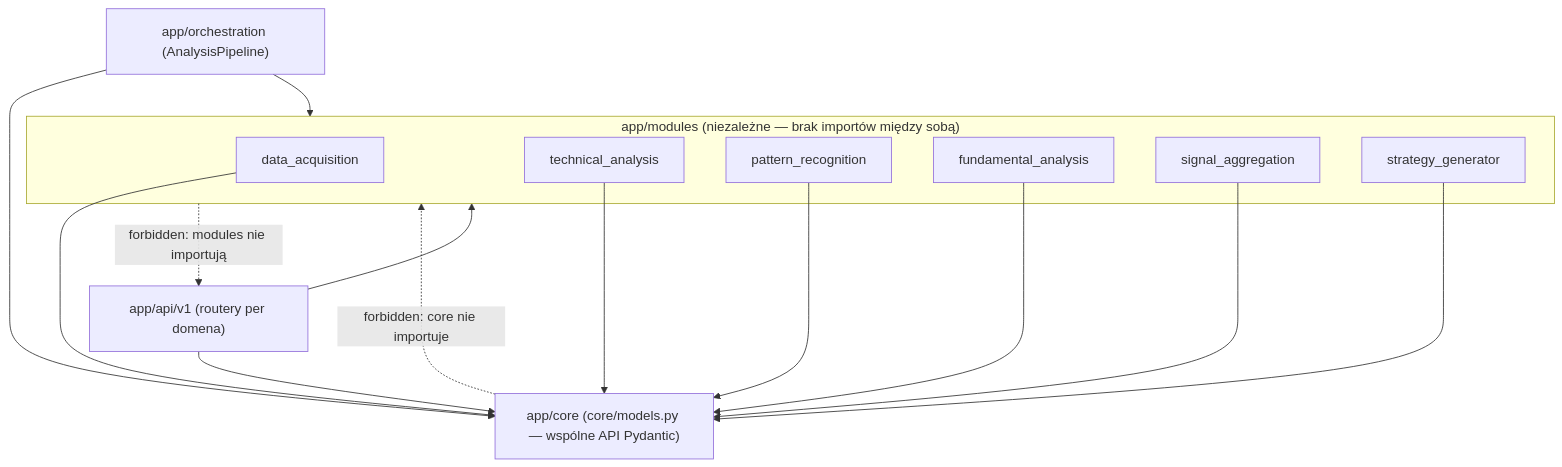
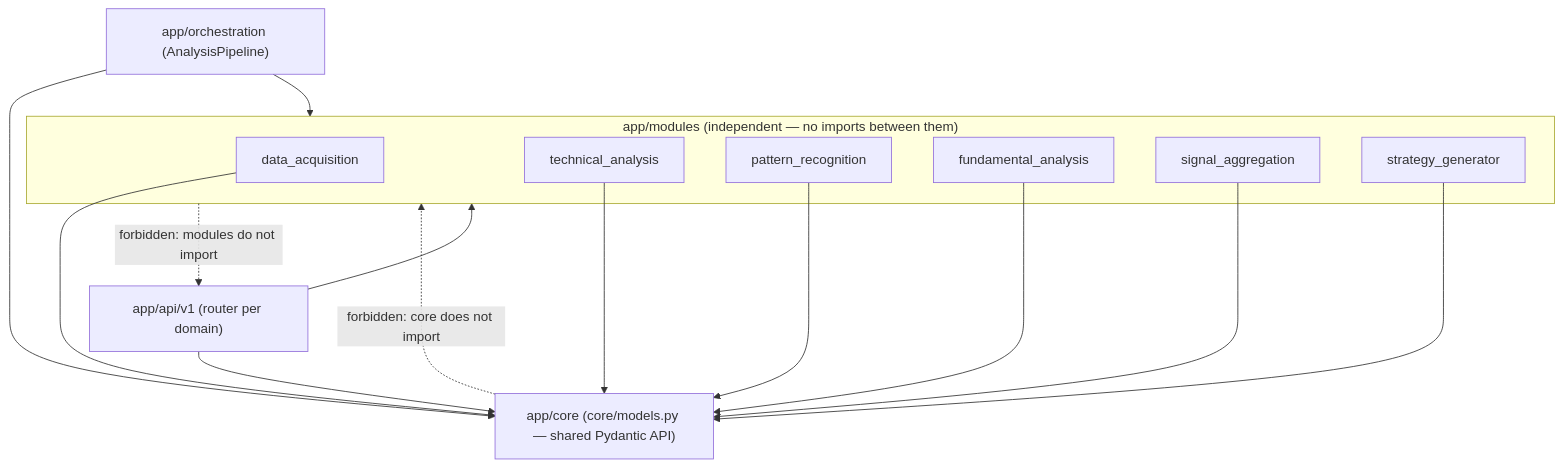
Before and after one commit to Finfinder/Investment-Assistant: the first of 2 diagrams in backend/domain.md, drawn with Mermaid. The commit also changed other lines of this file, not shown here.

First line of the commit message:
Translate backend/domain.md to English

````diff
--- a/backend/domain.md
+++ b/backend/domain.md
@@ -125,30 +125,30 @@
 ```mermaid
-%% Diagram pakietów UML — moduły domenowe i ich zależności od core/models
+%% UML package diagram — domain modules and their dependencies on core/models
 graph TD
-    subgraph modules["app/modules (niezależne — brak importów między sobą)"]
+    subgraph modules["app/modules (independent — no imports between them)"]
         da["data_acquisition"]
         ta["technical_analysis"]
         pr["pattern_recognition"]
         fa["fundamental_analysis"]
         sa["signal_aggregation"]
         sg["strategy_generator"]
     end
-    core["app/core (core/models.py — wspólne API Pydantic)"]
-    api["app/api/v1 (routery per domena)"]
+    core["app/core (core/models.py — shared Pydantic API)"]
+    api["app/api/v1 (router per domain)"]
     orch["app/orchestration (AnalysisPipeline)"]
 
     da --> core
     ta --> core
     pr --> core
     fa --> core
     sa --> core
     sg --> core
 
     api --> modules
     api --> core
     orch --> modules
     orch --> core
 
-    core -.->|forbidden: core nie importuje| modules
-    modules -.->|forbidden: modules nie importują| api
+    core -.->|forbidden: core does not import| modules
+    modules -.->|forbidden: modules do not import| api
 ```
````
